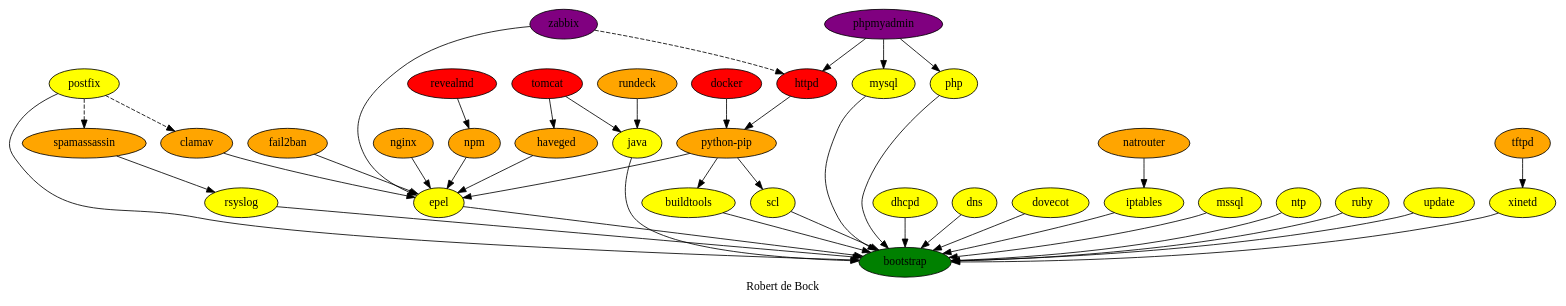
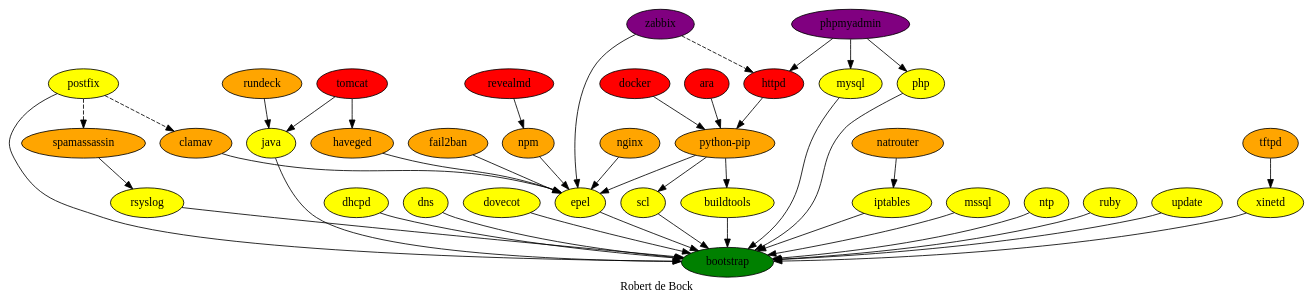
The diagram in dependencies.dot (robertdebock/robertdebock.github.io), drawn with Graphviz before and after one commit.

Commit message:
Update dependencies.dot
Adding ara.

```diff
--- a/dependencies.dot
+++ b/dependencies.dot
@@ -1,52 +1,53 @@
 digraph hierarchy {
   label = "Robert de Bock" ;
   {
+    ara [fillcolor=red style=filled]
     bootstrap [fillcolor=green style=filled]
     buildtools [fillcolor=yellow style=filled]
     clamav [fillcolor=orange style=filled]
     dhcpd [fillcolor=yellow style=filled]
     dns [fillcolor=yellow style=filled]
     docker [fillcolor=red style=filled]
     dovecot [fillcolor=yellow style=filled]
     epel [fillcolor=yellow style=filled]
     fail2ban [fillcolor=orange style=filled]
     haveged [fillcolor=orange style=filled]
     httpd [fillcolor=red style=filled]
     iptables [fillcolor=yellow style=filled]
     java [fillcolor=yellow style=filled]
     mssql [fillcolor=yellow style=filled]
     mysql [fillcolor=yellow style=filled]
     natrouter [fillcolor=orange style=filled]
     nginx [fillcolor=orange style=filled]
     npm [fillcolor=orange style=filled]
     ntp [fillcolor=yellow style=filled]
     php [fillcolor=yellow style=filled]
     phpmyadmin [fillcolor=purple style=filled]
     postfix [fillcolor=yellow style=filled]
     "python-pip" [fillcolor=orange style=filled]
     revealmd [fillcolor=red style=filled]
     rsyslog [fillcolor=yellow style=filled]
     ruby [fillcolor=yellow style=filled]
     rundeck [fillcolor=orange style=filled]
     scl [fillcolor=yellow style=filled]
     spamassassin [fillcolor=orange style=filled]
     tftpd [fillcolor=orange style=filled]
     tomcat [fillcolor=red style=filled]
     update [fillcolor=yellow style=filled]
     xinetd [fillcolor=yellow style=filled]
     zabbix [fillcolor=purple style=filled]
   }
   {buildtools dhcpd dns dovecot epel iptables java mysql mssql ntp php postfix rsyslog ruby scl update xinetd} -> bootstrap
   {clamav fail2ban haveged nginx npm "python-pip" zabbix} -> epel
   postfix -> {spamassassin clamav} [style=dashed]
-  {docker httpd} -> "python-pip"
+  {ara docker httpd} -> "python-pip"
   revealmd -> npm
   natrouter -> iptables
   tftpd -> xinetd 
   phpmyadmin -> {php httpd mysql}
   zabbix -> httpd [style=dashed]
   "python-pip" -> {buildtools scl}
   {rundeck tomcat} -> java
   tomcat -> haveged
   spamassassin -> rsyslog
 }
```
